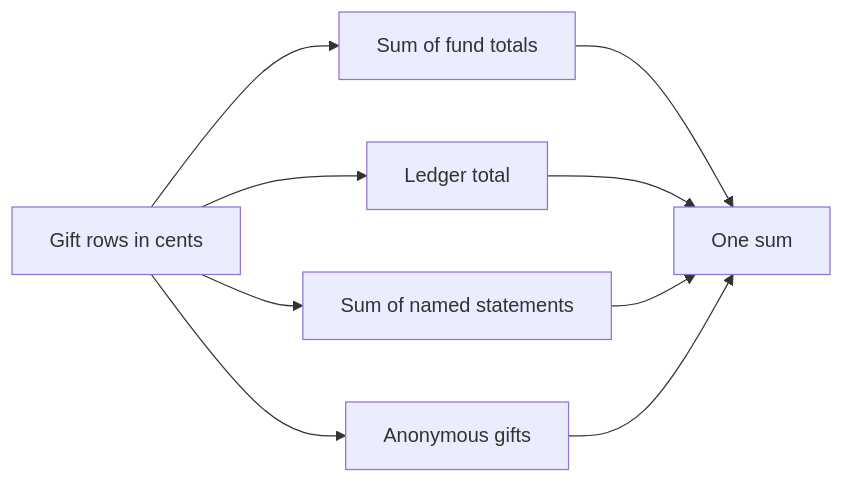
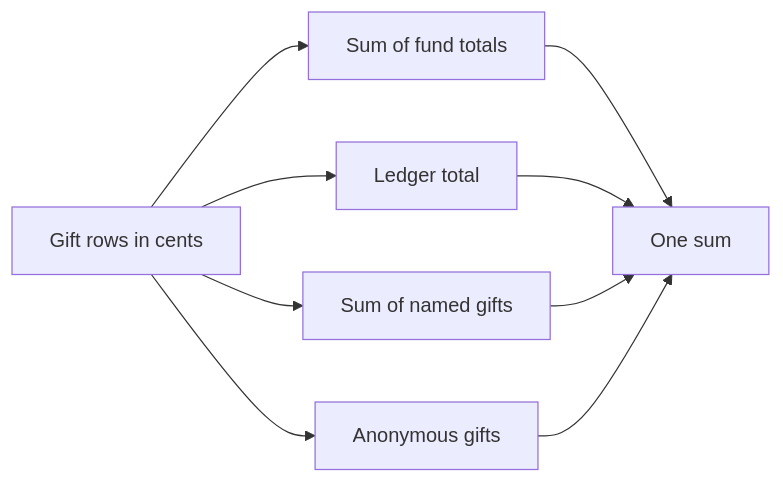
The third of 3 diagrams in README.md (Awkward8787/olivebranchministry), drawn with Mermaid before and after one commit. The commit also changed other lines of this file and 49 other files, not shown here.

First line of the commit message:
Keep gifts append-only and correct church statements (#2)

````diff
--- a/README.md
+++ b/README.md
@@ -62,16 +62,16 @@
 ```mermaid
 flowchart LR
     rows[Gift rows in cents]
     ledger[Ledger total]
     funds[Sum of fund totals]
-    named[Sum of named statements]
+    named[Sum of named gifts]
     anon[Anonymous gifts]
     rows --> ledger
     rows --> funds
     rows --> named
     rows --> anon
     funds --> same[One sum]
     ledger --> same
     named --> same
     anon --> same
 ```
````
